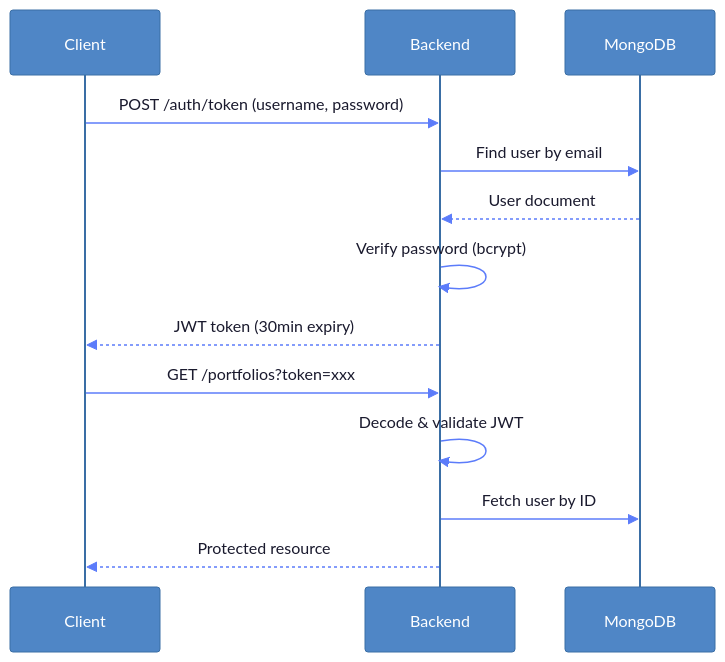
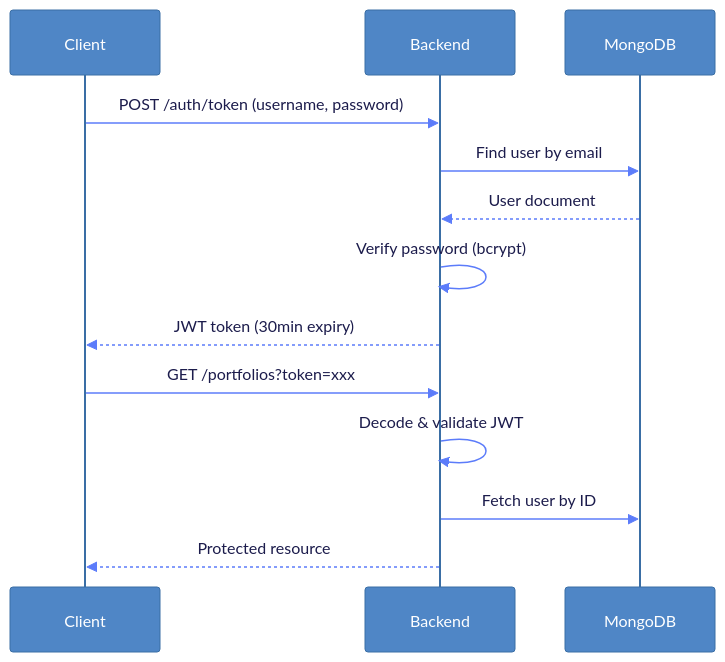
Before and after one commit to leopaulmarotte/PaperTradingPM: the second of 3 diagrams in README.md, drawn with Mermaid. The commit also changed other lines of this file, not shown here.

````diff
--- a/README.md
+++ b/README.md
@@ -185,18 +185,18 @@
 ```mermaid
-%%{init: {'theme': 'base', 'themeVariables': { 'primaryColor': '#4f86c6', 'primaryTextColor': '#1a1a2e', 'signalColor': '#5c7cfa', 'actorBkg': '#4f86c6', 'actorTextColor': '#fff', 'actorBorder': '#3a6ea5', 'activationBkgColor': '#e8f4f8', 'sequenceNumberColor': '#fff'}}}%%
+%%{init: {'theme': 'base', 'themeVariables': { 'primaryColor': '#4f86c6', 'primaryTextColor': '#1c1c4cff', 'signalColor': '#5c7cfa', 'actorBkg': '#4f86c6', 'actorTextColor': '#fff', 'actorBorder': '#3a6ea5', 'activationBkgColor': '#e8f4f8', 'sequenceNumberColor': '#fff'}}}%%
 sequenceDiagram
     participant Client
     participant Backend
     participant MongoDB
     
     Client->>Backend: POST /auth/token (username, password)
     Backend->>MongoDB: Find user by email
     MongoDB-->>Backend: User document
     Backend->>Backend: Verify password (bcrypt)
     Backend-->>Client: JWT token (30min expiry)
     
     Client->>Backend: GET /portfolios?token=xxx
     Backend->>Backend: Decode & validate JWT
     Backend->>MongoDB: Fetch user by ID
     Backend-->>Client: Protected resource
 ```
````
